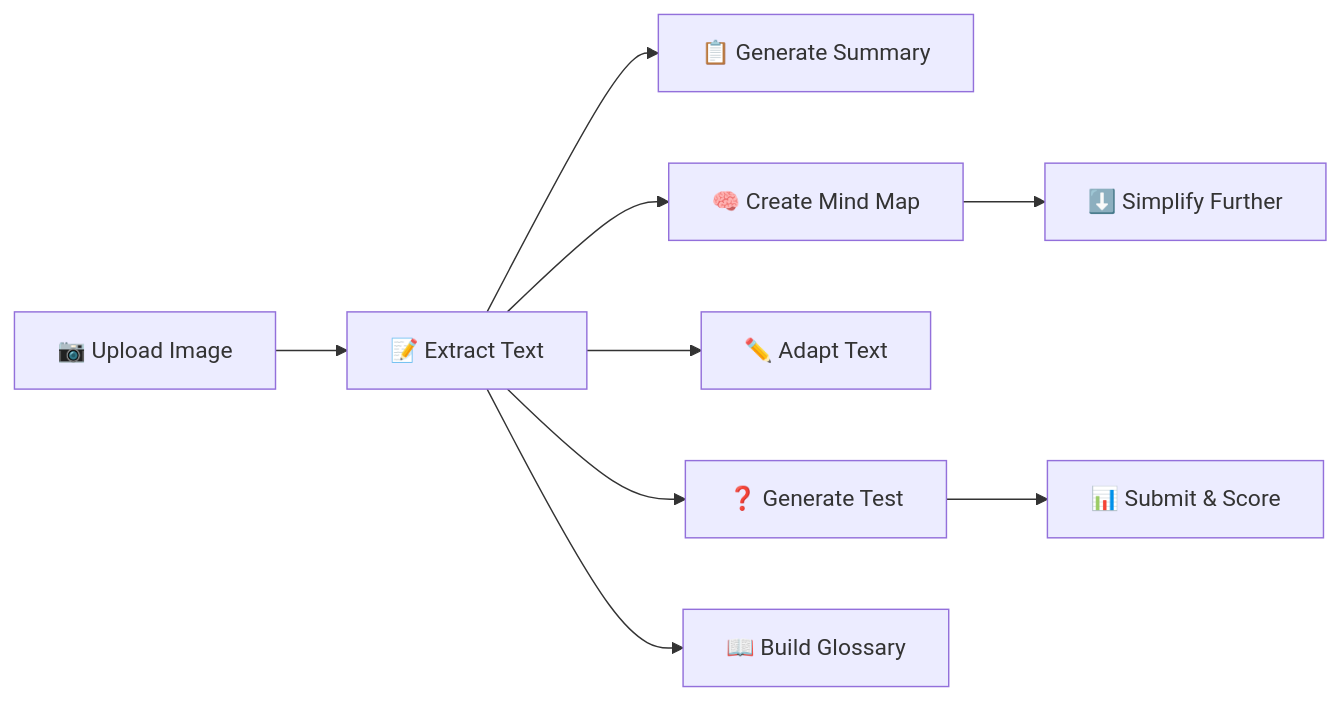
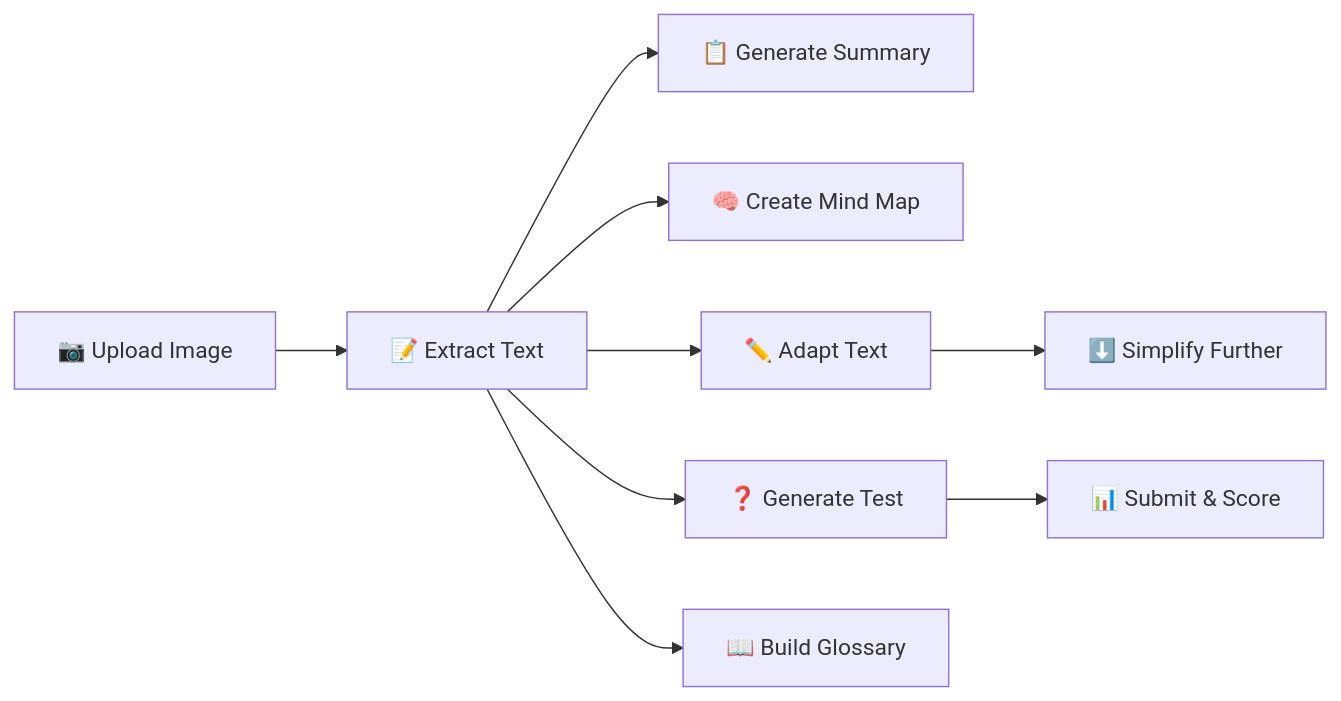
Before and after one commit to bentwnghk/reading-assistant: the diagram in README.md, drawn with Mermaid.

Commit message:
Fix diagram connection in README

````diff
--- a/README.md
+++ b/README.md
@@ -71,12 +71,12 @@
 ```mermaid
 flowchart LR
     A[📷 Upload Image] --> B[📝 Extract Text]
     B --> C[📋 Generate Summary]
     B --> D[🧠 Create Mind Map]
     B --> E[✏️ Adapt Text]
     B --> F[❓ Generate Test]
     B --> G[📖 Build Glossary]
     
-    D --> E2[⬇️ Simplify Further]
+    E --> E2[⬇️ Simplify Further]
     F --> F2[📊 Submit & Score]
 ```
````
